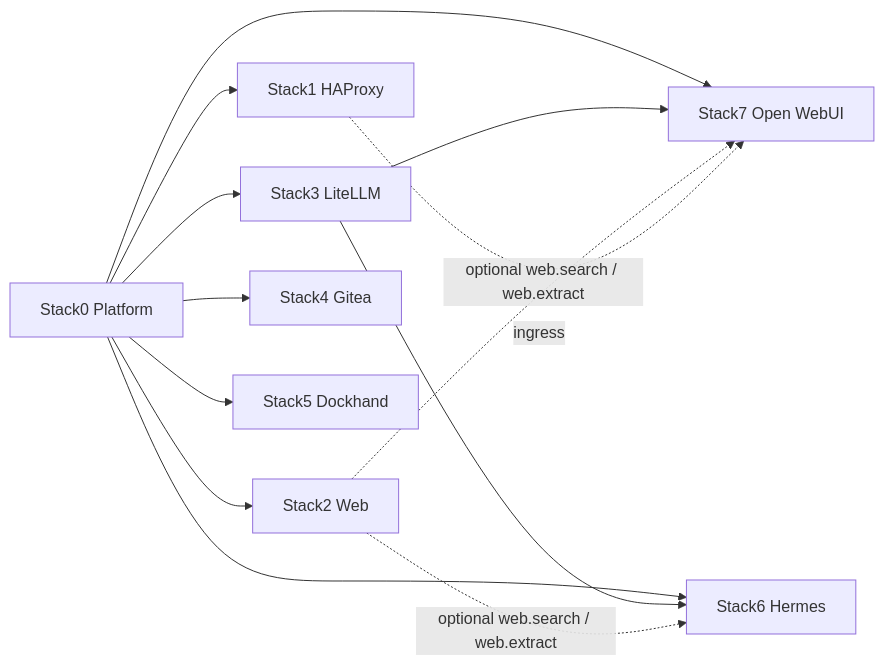
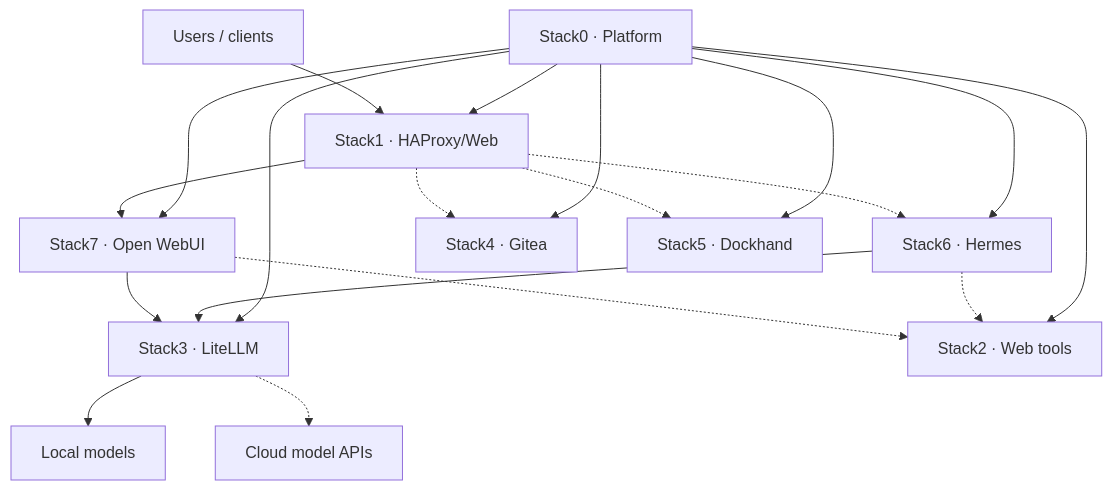
One commit to ea1het/local_hybrid_ai changed the first of 3 diagrams in README.md. Above: the diagram before and after it, drawn with Mermaid. The commit also changed other lines of this file, not shown here.

````diff
--- a/README.md
+++ b/README.md
@@ -5,15 +22,24 @@
 ```mermaid
-flowchart LR
-    S0["Stack0 Platform"] --> S1["Stack1 HAProxy"]
-    S0 --> S2["Stack2 Web"]
-    S0 --> S3["Stack3 LiteLLM"]
-    S0 --> S4["Stack4 Gitea"]
-    S0 --> S5["Stack5 Dockhand"]
-    S0 --> S6["Stack6 Hermes"]
-    S0 --> S7["Stack7 Open WebUI"]
-    S3 --> S6
-    S3 --> S7
-    S2 -. "optional web.search / web.extract" .-> S6
-    S2 -. "optional web.search / web.extract" .-> S7
-    S1 -. "ingress" .-> S7
+flowchart TB
+    U["Users / clients"] --> S1["Stack1 · HAProxy/Web"]
+    S1 --> S7["Stack7 · Open WebUI"]
+    S1 -.-> S6["Stack6 · Hermes"]
+    S1 -.-> S4["Stack4 · Gitea"]
+    S1 -.-> S5["Stack5 · Dockhand"]
+
+    S7 --> S3["Stack3 · LiteLLM"]
+    S6 --> S3
+    S3 --> M["Local models"]
+    S3 -.-> C["Cloud model APIs"]
+
+    S7 -.-> S2["Stack2 · Web tools"]
+    S6 -.-> S2
+
+    S0["Stack0 · Platform"] --> S1
+    S0 --> S2
+    S0 --> S3
+    S0 --> S4
+    S0 --> S5
+    S0 --> S6
+    S0 --> S7
 ```
````
